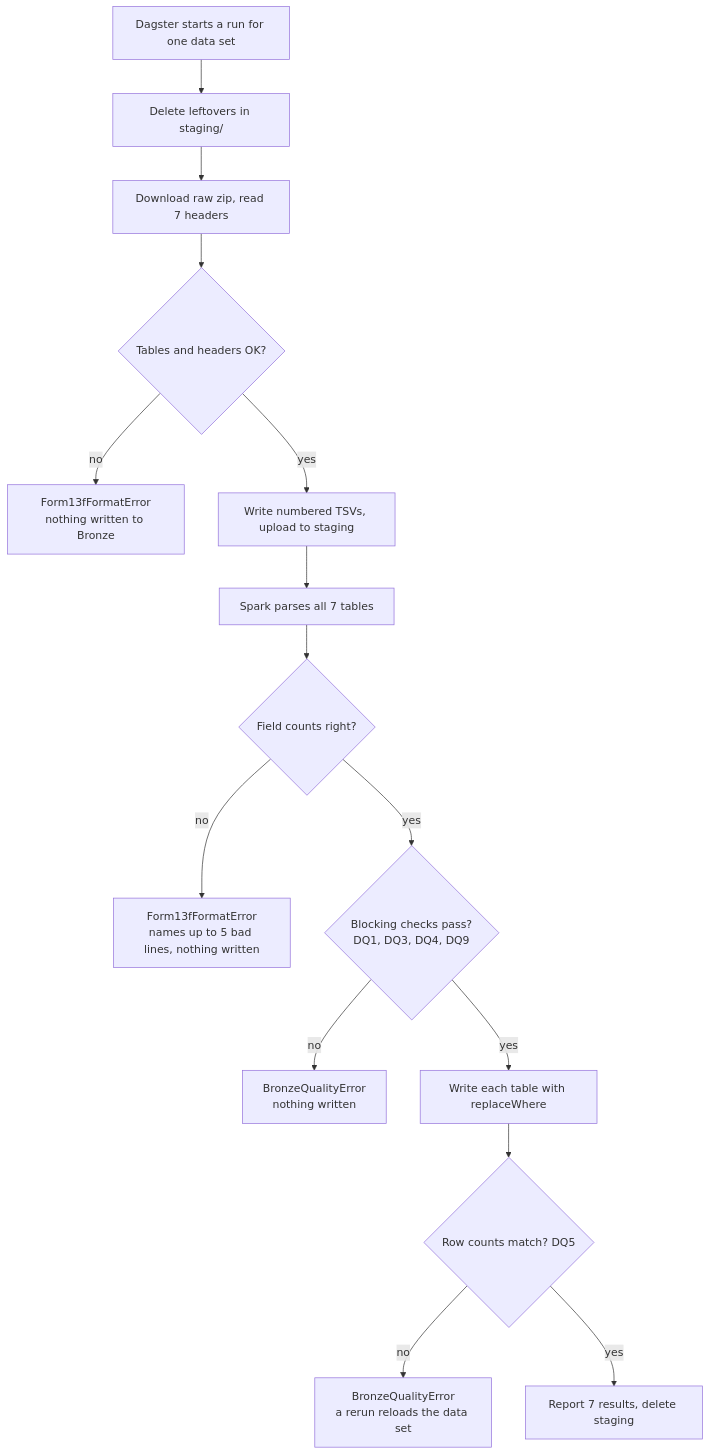
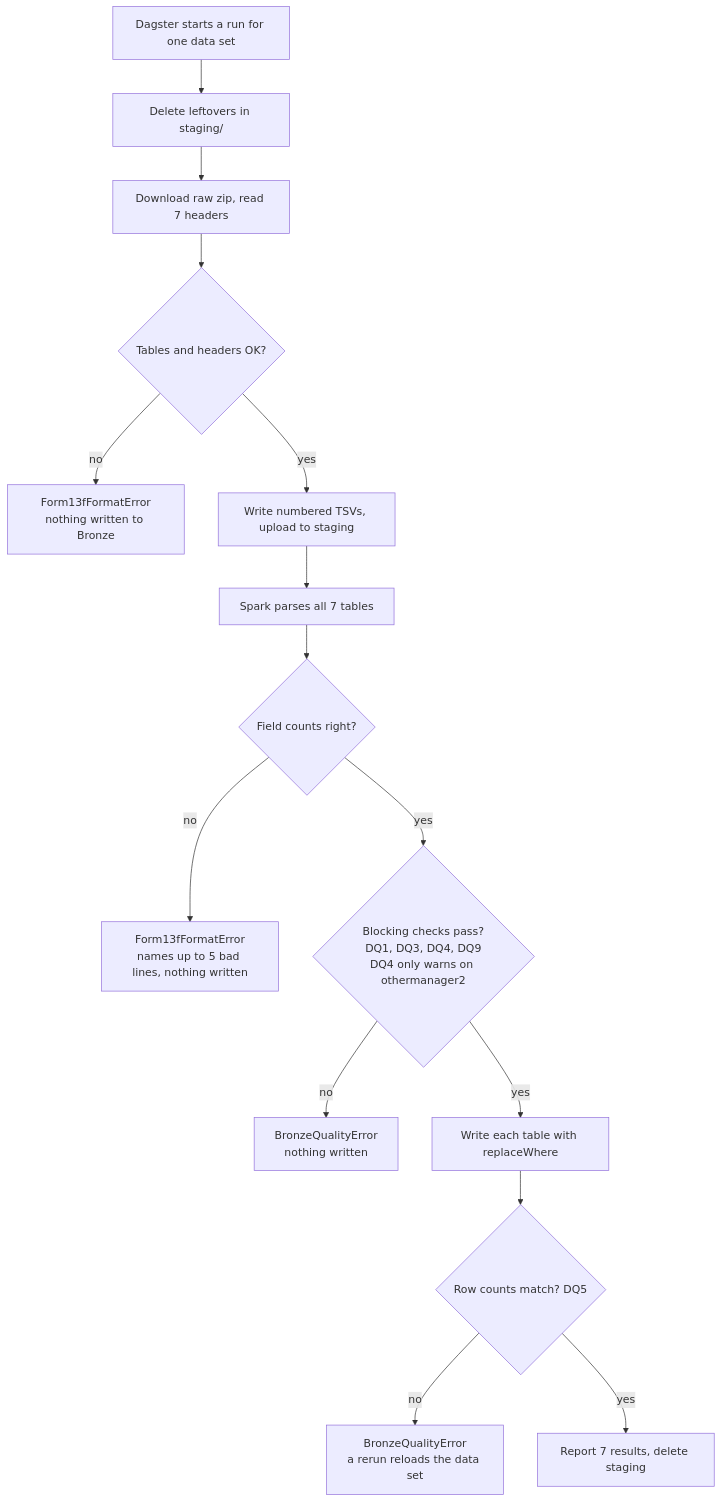
The second of 3 diagrams in docs/guides/form13f-bronze-walkthrough.md (hoanghaithanh/sec-holdings-lakehouse), drawn with Mermaid before and after one commit. The commit also changed 9 other files, not shown here.

````diff
--- a/docs/guides/form13f-bronze-walkthrough.md
+++ b/docs/guides/form13f-bronze-walkthrough.md
@@ -100,17 +100,17 @@
 ```mermaid
 flowchart TD
     start[Dagster starts a run for one data set] --> clean["Delete leftovers in staging/"]
     clean --> download[Download raw zip, read 7 headers]
     download --> headers{Tables and headers OK?}
     headers -- no --> fail1[Form13fFormatError<br/>nothing written to Bronze]
     headers -- yes --> stage[Write numbered TSVs, upload to staging]
     stage --> parse[Spark parses all 7 tables]
     parse --> fields{Field counts right?}
     fields -- no --> fail2[Form13fFormatError<br/>names up to 5 bad lines, nothing written]
-    fields -- yes --> dq{Blocking checks pass?<br/>DQ1, DQ3, DQ4, DQ9}
+    fields -- yes --> dq{Blocking checks pass?<br/>DQ1, DQ3, DQ4, DQ9<br/>DQ4 only warns on othermanager2}
     dq -- no --> fail4[BronzeQualityError<br/>nothing written]
     dq -- yes --> write[Write each table with replaceWhere]
     write --> counts{Row counts match? DQ5}
     counts -- no --> fail3[BronzeQualityError<br/>a rerun reloads the data set]
     counts -- yes --> done[Report 7 results, delete staging]
 ```
````
